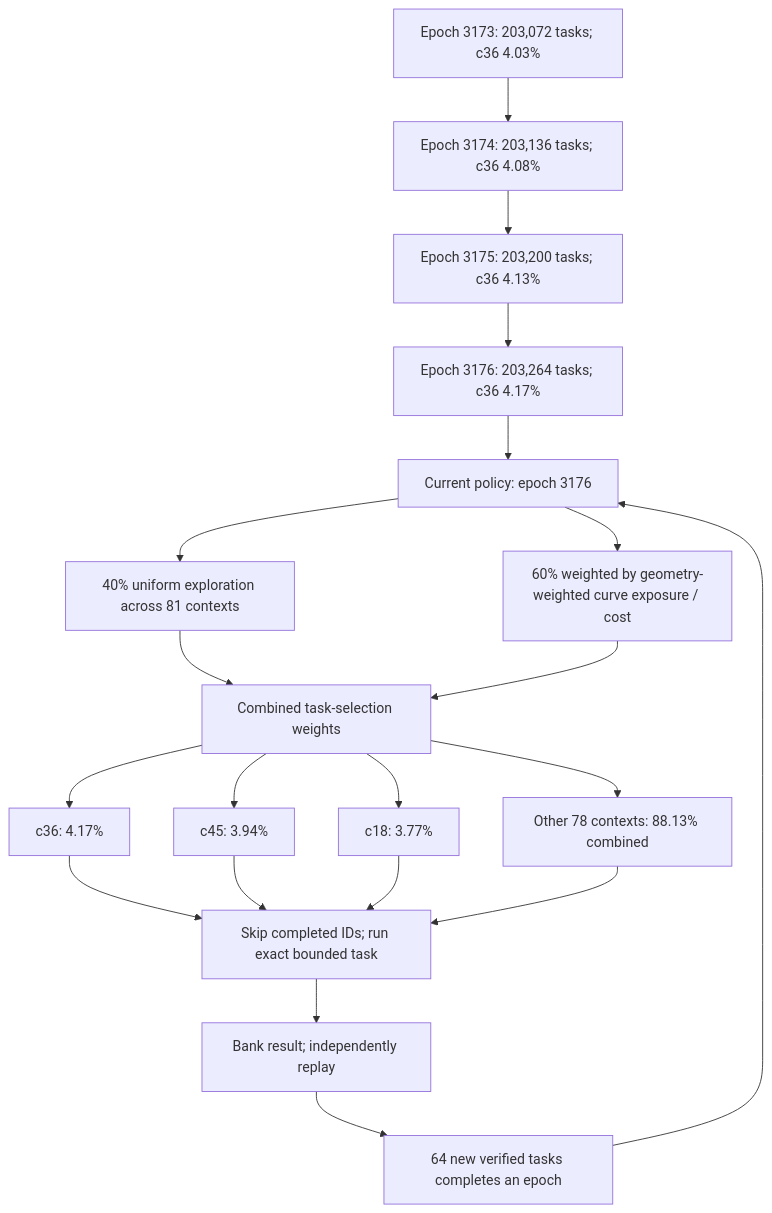
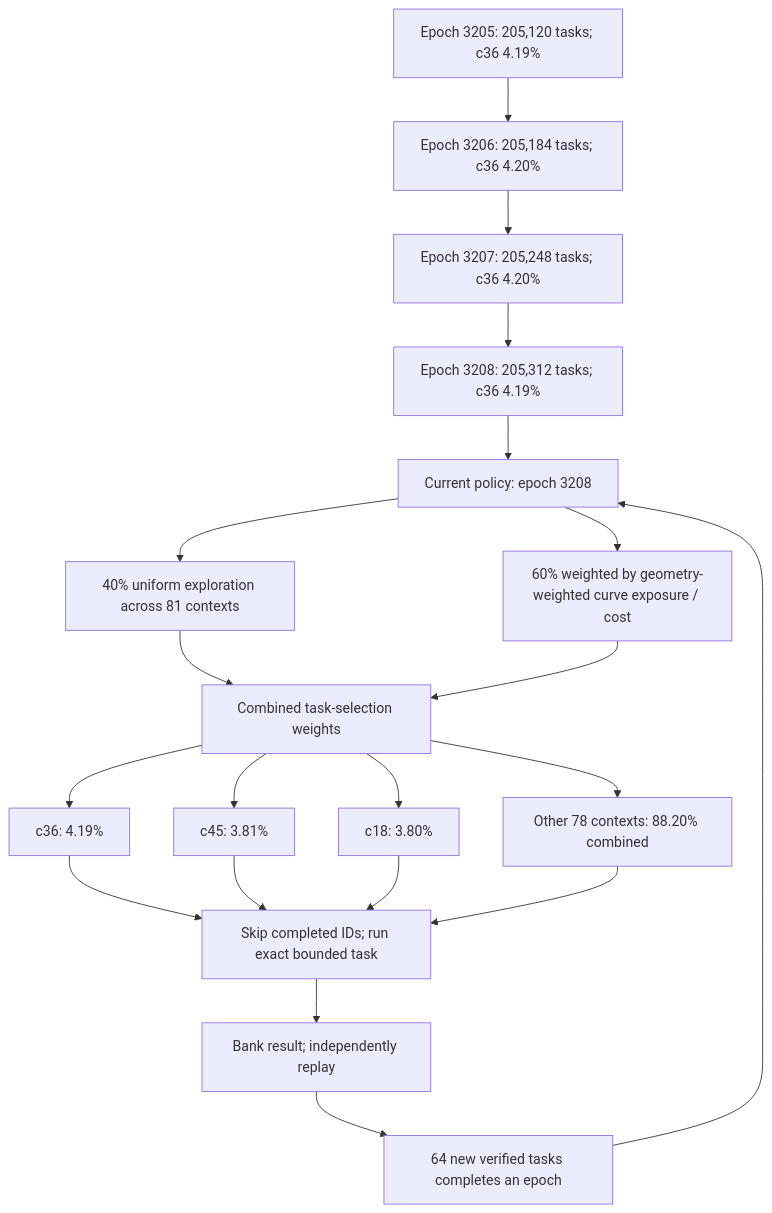
Before and after one commit to Kuberwastaken/math-gambling: the first of 3 diagrams in README.md, drawn with Mermaid. The commit also changed other lines of this file and 4067 other files, not shown here.

````diff
--- a/README.md
+++ b/README.md
@@ -60,27 +60,27 @@
 ```mermaid
 flowchart TD
-    H0["Epoch 3173: 203,072 tasks; c36 4.03%"]
-    H1["Epoch 3174: 203,136 tasks; c36 4.08%"]
+    H0["Epoch 3205: 205,120 tasks; c36 4.19%"]
+    H1["Epoch 3206: 205,184 tasks; c36 4.20%"]
     H0 --> H1
-    H2["Epoch 3175: 203,200 tasks; c36 4.13%"]
+    H2["Epoch 3207: 205,248 tasks; c36 4.20%"]
     H1 --> H2
-    H3["Epoch 3176: 203,264 tasks; c36 4.17%"]
+    H3["Epoch 3208: 205,312 tasks; c36 4.19%"]
     H2 --> H3
-    Policy["Current policy: epoch 3176"]
+    Policy["Current policy: epoch 3208"]
     H3 --> Policy
     Policy --> Explore["40% uniform exploration across 81 contexts"]
     Policy --> Cost["60% weighted by geometry-weighted curve exposure / cost"]
     Explore --> Mix["Combined task-selection weights"]
     Cost --> Mix
-    Mix --> C0["c36: 4.17%"]
-    Mix --> C1["c45: 3.94%"]
-    Mix --> C2["c18: 3.77%"]
-    Mix --> Rest["Other 78 contexts: 88.13% combined"]
+    Mix --> C0["c36: 4.19%"]
+    Mix --> C1["c45: 3.81%"]
+    Mix --> C2["c18: 3.80%"]
+    Mix --> Rest["Other 78 contexts: 88.20% combined"]
     C0 --> Check["Skip completed IDs; run exact bounded task"]
     C1 --> Check
     C2 --> Check
     Rest --> Check
     Check --> Replay["Bank result; independently replay"]
     Replay --> Gate["64 new verified tasks completes an epoch"]
     Gate --> Policy
 ```
````
